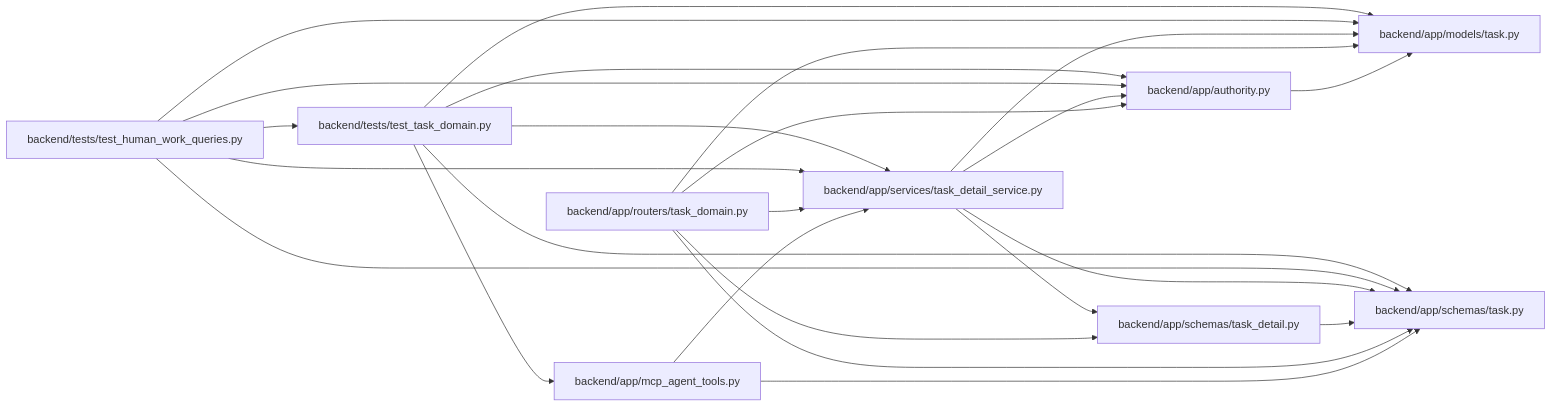
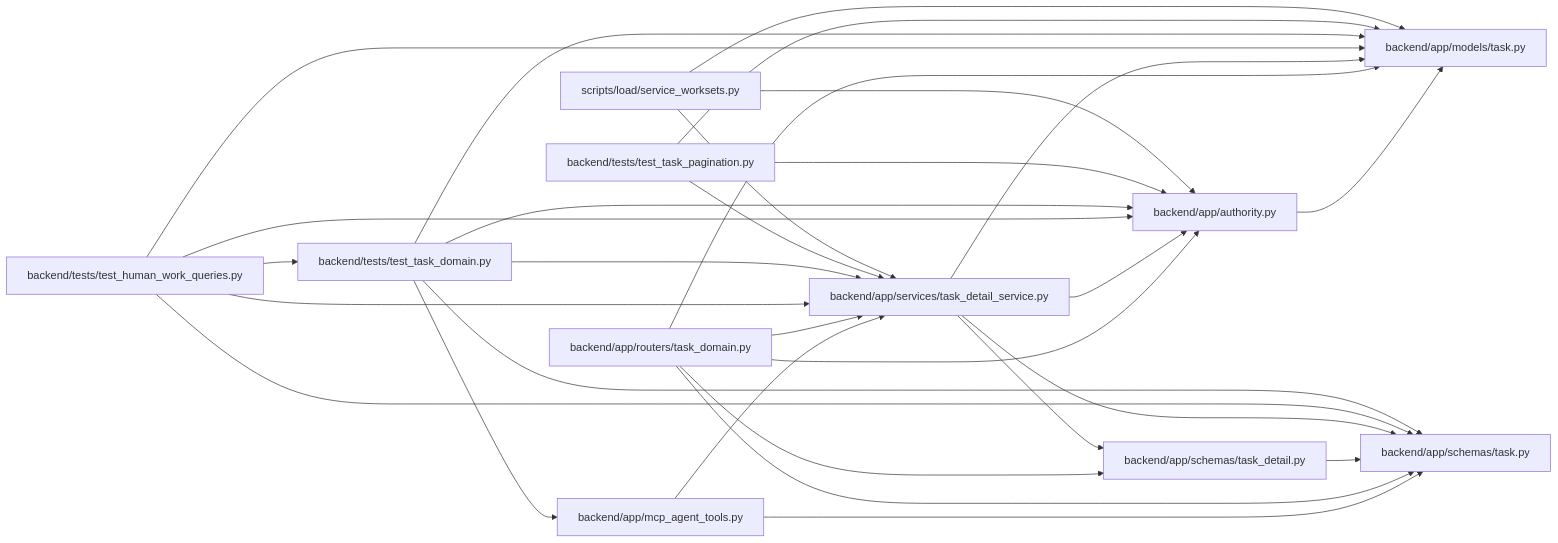
The diagram in docs/llm_wiki/modules/task_detail_service.md (Denissvgn/WorkChord), drawn with Mermaid before and after one commit. The commit also changed other lines of this file and 2509 other files, not shown here.

````diff
--- a/docs/llm_wiki/modules/task_detail_service.md
+++ b/docs/llm_wiki/modules/task_detail_service.md
@@ -23,44 +25,54 @@
 ```mermaid
 flowchart LR
     n0["backend/app/authority.py"]
     n1["backend/app/mcp_agent_tools.py"]
     n2["backend/app/models/task.py"]
     n3["backend/app/routers/task_domain.py"]
     n4["backend/app/schemas/task.py"]
     n5["backend/app/schemas/task_detail.py"]
     n6["backend/app/services/task_detail_service.py"]
     n7["backend/tests/test_human_work_queries.py"]
     n8["backend/tests/test_task_domain.py"]
+    n9["backend/tests/test_task_pagination.py"]
+    n10["scripts/load/service_worksets.py"]
     n0 --> n2
     n1 --> n4
     n1 --> n6
     n3 --> n0
     n3 --> n2
     n3 --> n4
     n3 --> n5
     n3 --> n6
     n5 --> n4
     n6 --> n0
     n6 --> n2
     n6 --> n4
     n6 --> n5
     n7 --> n0
     n7 --> n2
     n7 --> n4
     n7 --> n6
     n7 --> n8
     n8 --> n0
     n8 --> n1
     n8 --> n2
     n8 --> n4
     n8 --> n6
+    n9 --> n0
+    n9 --> n2
+    n9 --> n6
+    n10 --> n0
+    n10 --> n2
+    n10 --> n6
     click n0 "../modules/authority.md"
     click n1 "../modules/mcp_agent_tools.md"
     click n2 "../modules/models_task.md"
     click n3 "../modules/routers_task_domain.md"
     click n4 "../modules/schemas_task.md"
     click n5 "../modules/task_detail.md"
     click n6 "../modules/task_detail_service.md"
     click n7 "../modules/test_human_work_queries.md"
     click n8 "../modules/test_task_domain.md"
+    click n9 "../modules/test_task_pagination.md"
+    click n10 "../modules/service_worksets.md"
 ```
````
